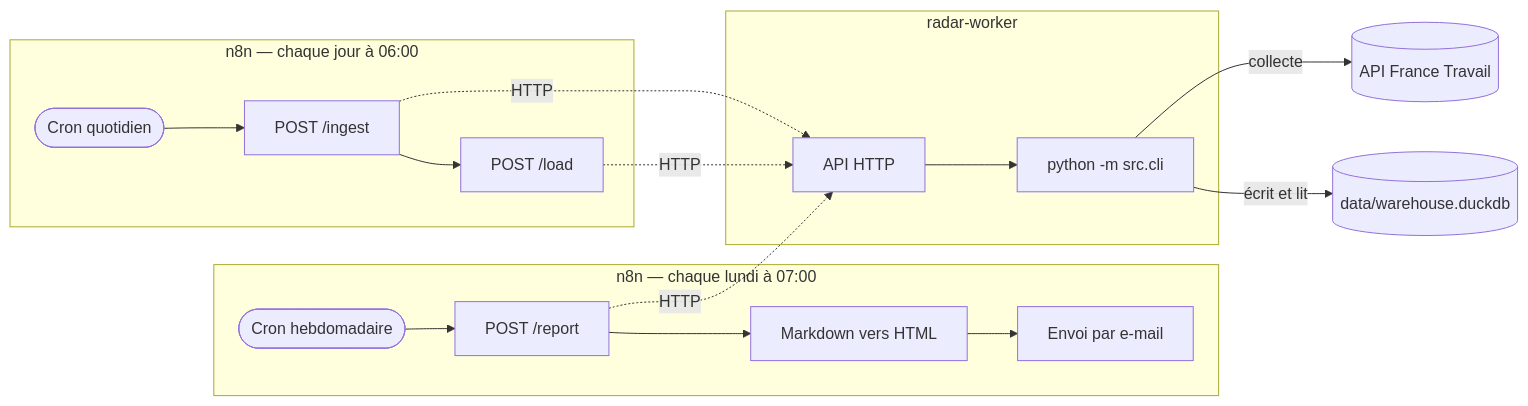
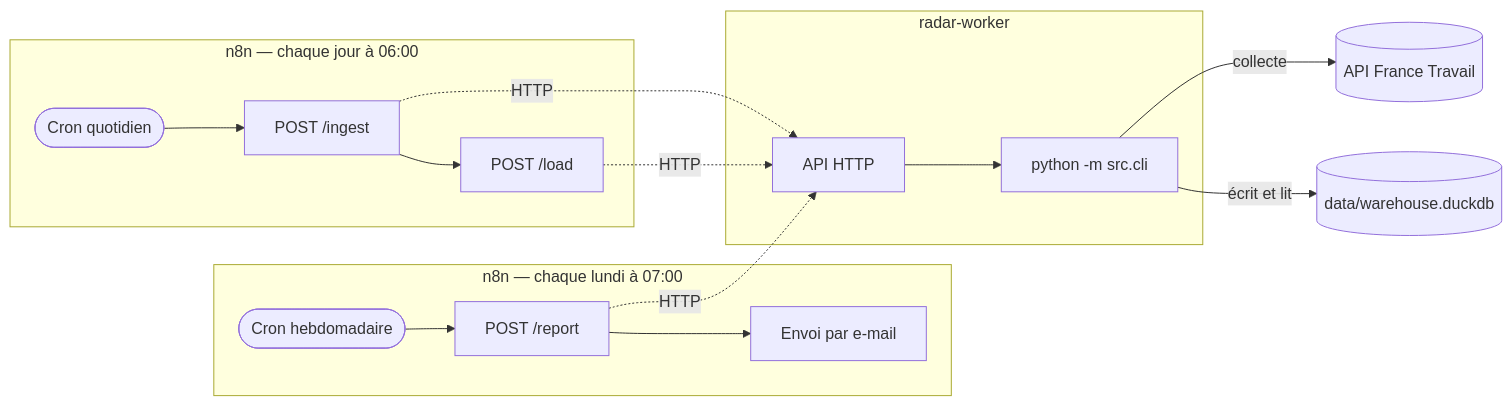
Before and after one commit to AndresRocabado/radar-tech-fr: the diagram in docs/automatisation.md, drawn with Mermaid. The commit also changed other lines of this file and 8 other files, not shown here.

````diff
--- a/docs/automatisation.md
+++ b/docs/automatisation.md
@@ -18,23 +18,23 @@
 ```mermaid
 flowchart LR
     subgraph QUOTIDIEN["n8n — chaque jour à 06:00"]
         CQ(["Cron quotidien"]) --> ING["POST /ingest"] --> LOAD["POST /load"]
     end
 
     subgraph HEBDO["n8n — chaque lundi à 07:00"]
-        CH(["Cron hebdomadaire"]) --> REP["POST /report"] --> HTML["Markdown vers HTML"] --> MAIL["Envoi par e-mail"]
+        CH(["Cron hebdomadaire"]) --> REP["POST /report"] --> MAIL["Envoi par e-mail"]
     end
 
     subgraph WORKER["radar-worker"]
         API["API HTTP"] --> CLI["python -m src.cli"]
     end
 
     FT[("API France Travail")]
     DB[("data/warehouse.duckdb")]
 
     ING -.->|HTTP| API
     LOAD -.->|HTTP| API
     REP -.->|HTTP| API
     CLI -->|collecte| FT
     CLI -->|écrit et lit| DB
 ```
````
